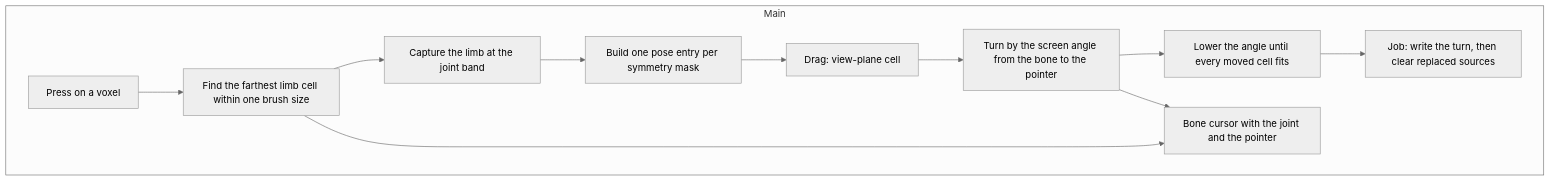
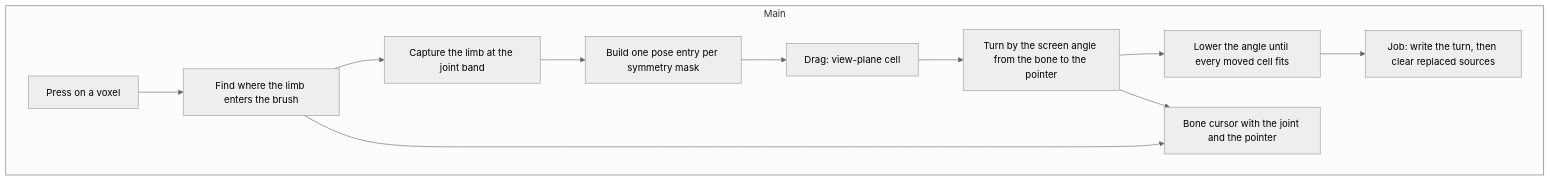
Before and after one commit to LeonardMeagher2/LVE: the third of 3 diagrams in docs/agents/tool-flows/deform.md, drawn with Mermaid (neutral theme). The commit also changed other lines of this file and 4 other files, not shown here.

````diff
--- a/docs/agents/tool-flows/deform.md
+++ b/docs/agents/tool-flows/deform.md
@@ -139,17 +139,17 @@
 ```mermaid
 flowchart TD
   subgraph Main["Main"]
     P1["Press on a voxel"]
-    P2["Find the farthest limb cell within one brush size"]
+    P2["Find where the limb enters the brush"]
     P3["Capture the limb at the joint band"]
     P4["Build one pose entry per symmetry mask"]
     P5["Drag: view-plane cell"]
     P6["Turn by the screen angle from the bone to the pointer"]
     P7["Lower the angle until every moved cell fits"]
     P8["Job: write the turn, then clear replaced sources"]
     P9["Bone cursor with the joint and the pointer"]
   end
   P1 --> P2 --> P3 --> P4 --> P5 --> P6 --> P7 --> P8
   P2 --> P9
   P6 --> P9
 ```
````
